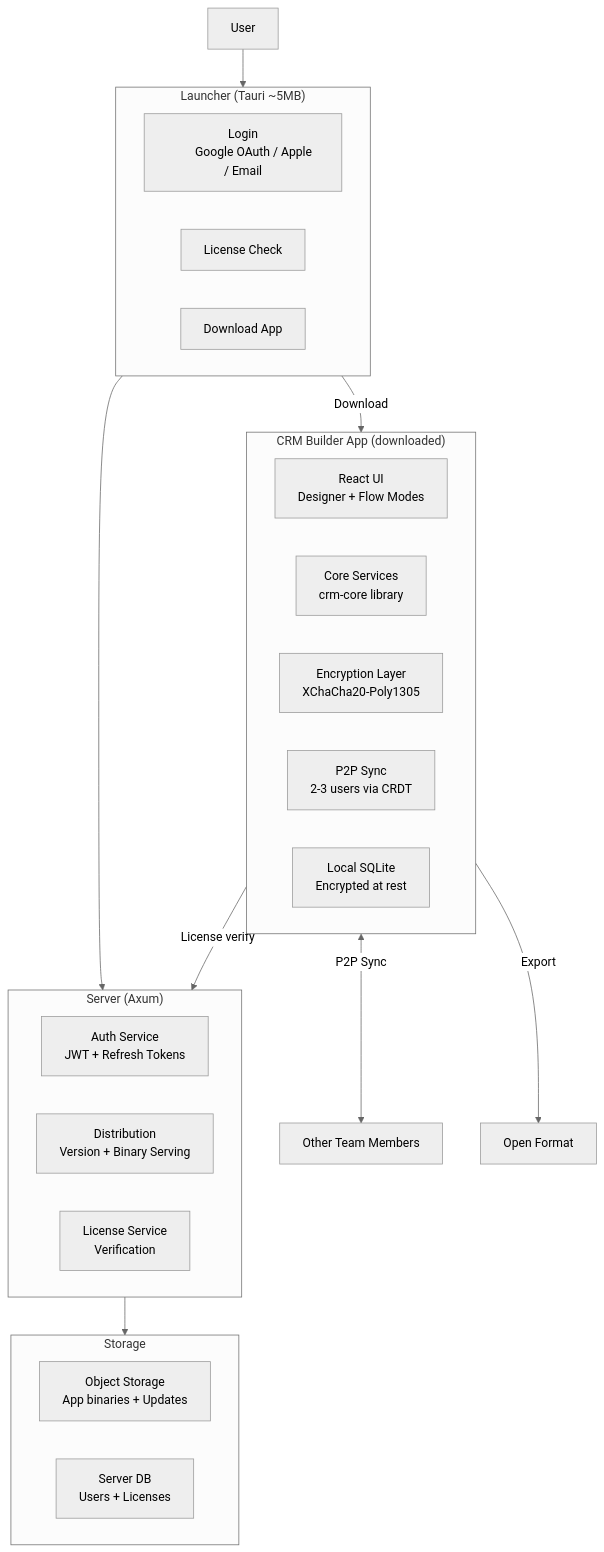
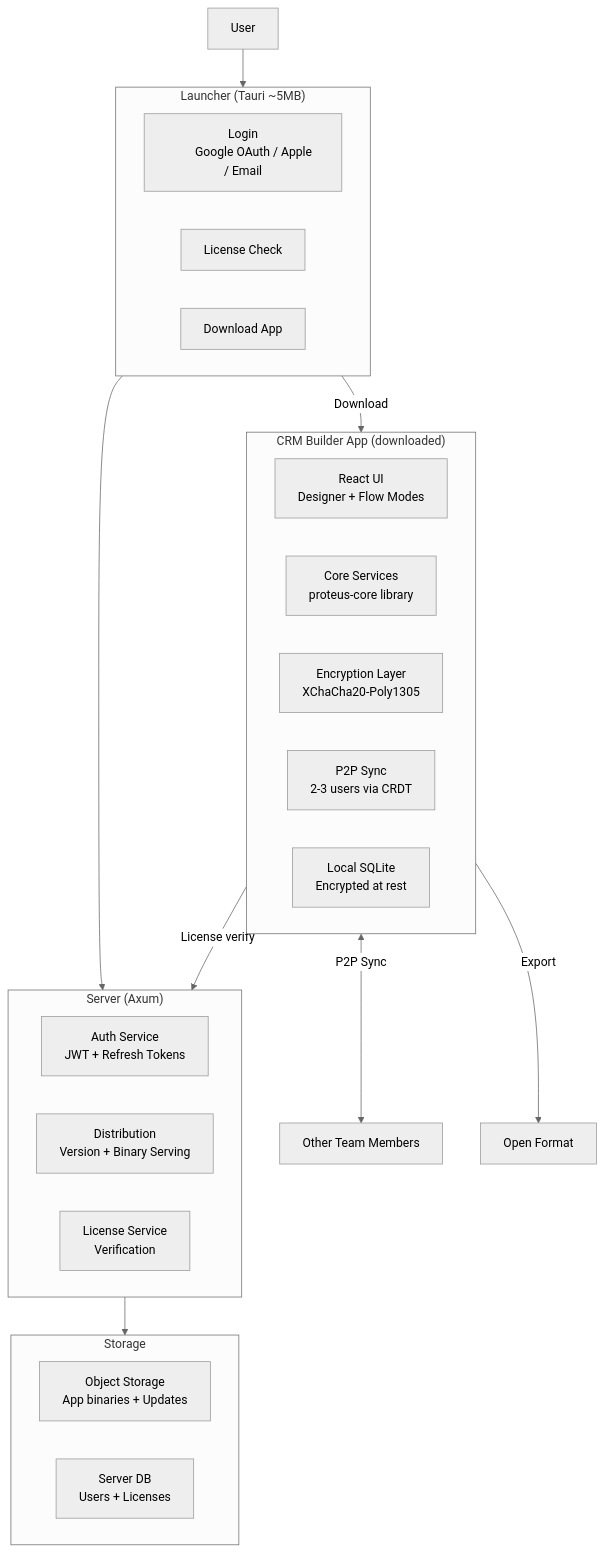
The first of 5 diagrams in vault/Developer/10 - Foundation Architecture.md (Siaftoulis/Proteus), drawn with Mermaid (neutral theme) before and after one commit. The commit also changed other lines of this file and 406 other files, not shown here.

````diff
--- a/vault/Developer/10 - Foundation Architecture.md
+++ b/vault/Developer/10 - Foundation Architecture.md
@@ -14,46 +14,46 @@
 ```mermaid
 flowchart TB
     subgraph Launcher["Launcher (Tauri ~5MB)"]
         Login["Login
         Google OAuth / Apple / Email"]
         License["License Check"]
         Download["Download App"]
     end
 
     subgraph Server["Server (Axum)"]
         Auth["Auth Service
         JWT + Refresh Tokens"]
         Distro["Distribution
         Version + Binary Serving"]
         LicenseSrv["License Service
         Verification"]
     end
 
     subgraph Client["CRM Builder App (downloaded)"]
         UI["React UI
         Designer + Flow Modes"]
         Core["Core Services
-        crm-core library"]
+        proteus-core library"]
         Encrypt["Encryption Layer
         XChaCha20-Poly1305"]
         Sync["P2P Sync
         2-3 users via CRDT"]
         DB["Local SQLite
         Encrypted at rest"]
     end
 
     subgraph Storage["Storage"]
         Bucket["Object Storage
         App binaries + Updates"]
         ServerDB["Server DB
         Users + Licenses"]
     end
 
     User --> Launcher
     Launcher --> Server
     Server --> Storage
     Launcher -->|Download| Client
     Client -->|License verify| Server
     Client <-->|P2P Sync| Peer[Other Team Members]
     Client -->|Export| ExportFile[Open Format]
 ```
````
